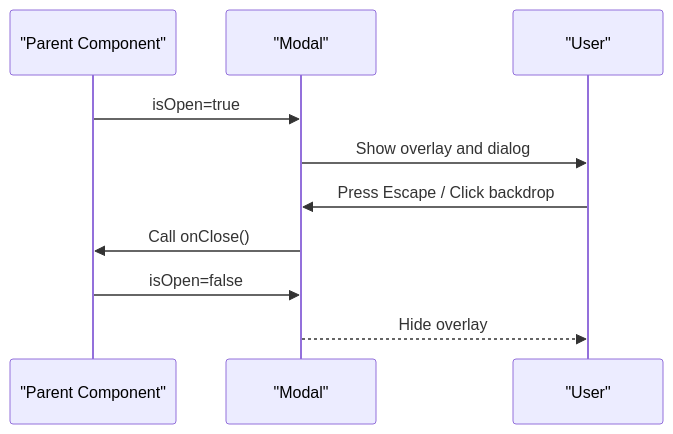
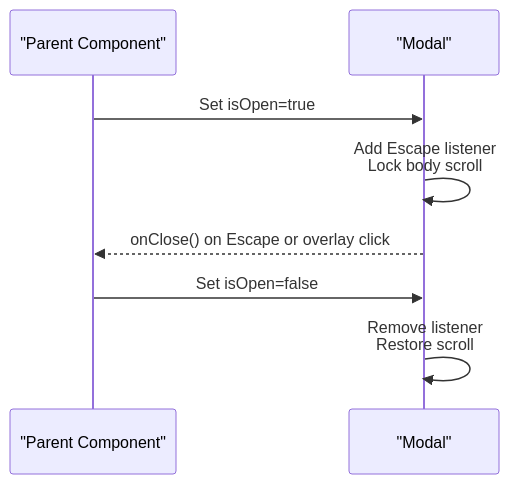
One commit to Daniiyal-creates/MedAce-AI changed the fifth of 9 diagrams in .qoder/repowiki/en/content/Component Library/Component Library.md. Above: the diagram before and after it, drawn with Mermaid. The commit also changed other lines of this file and 159 other files, not shown here.

````diff
--- a/.qoder/repowiki/en/content/Component Library/Component Library.md
+++ b/.qoder/repowiki/en/content/Component Library/Component Library.md
@@ -261,12 +281,10 @@
 ```mermaid
 sequenceDiagram
 participant Parent as "Parent Component"
 participant Modal as "Modal"
-participant User as "User"
-Parent->>Modal : isOpen=true
-Modal->>User : Show overlay and dialog
-User->>Modal : Press Escape / Click backdrop
-Modal->>Parent : Call onClose()
-Parent->>Modal : isOpen=false
-Modal-->>User : Hide overlay
+Parent->>Modal : Set isOpen=true
+Modal->>Modal : Add Escape listener<br/>Lock body scroll
+Modal-->>Parent : onClose() on Escape or overlay click
+Parent->>Modal : Set isOpen=false
+Modal->>Modal : Remove listener<br/>Restore scroll
 ```
````
